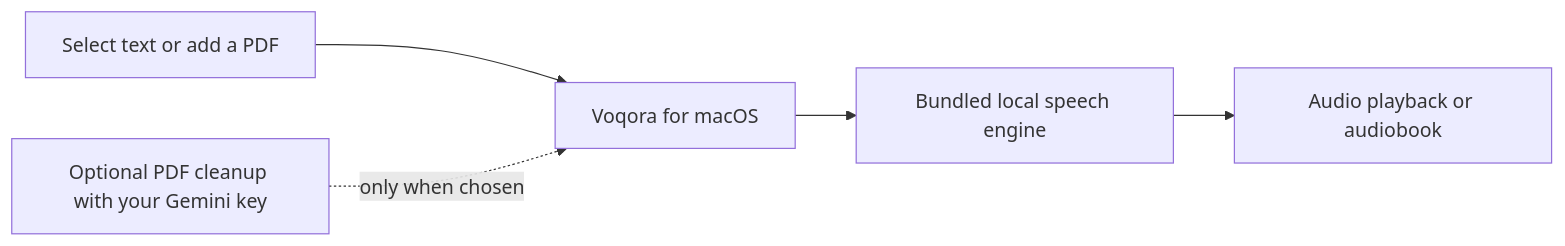
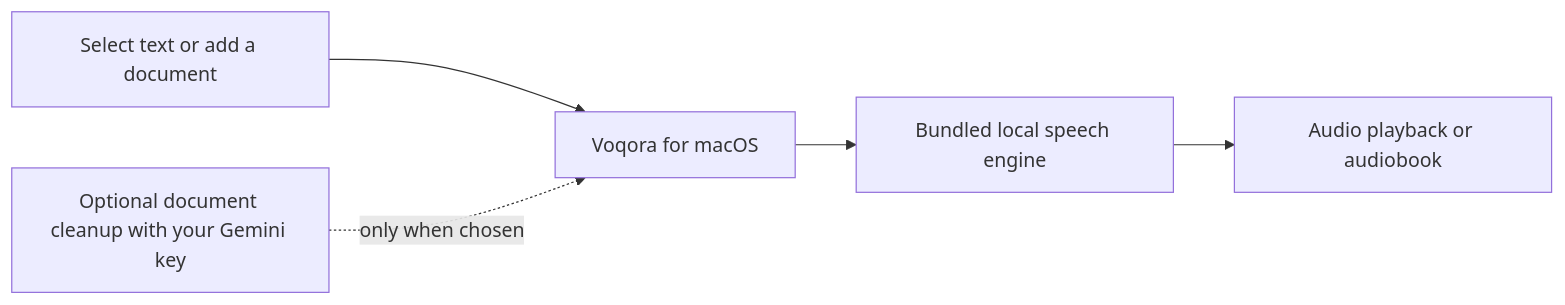
One commit to himudigonda/Voqora changed the diagram in README.md. Above: the diagram before and after it, drawn with Mermaid. The commit also changed other lines of this file and 8 other files, not shown here.

````diff
--- a/README.md
+++ b/README.md
@@ -64,7 +65,7 @@
 ```mermaid
 flowchart LR
-    A["Select text or add a PDF"] --> B["Voqora for macOS"]
+    A["Select text or add a document"] --> B["Voqora for macOS"]
     B --> C["Bundled local speech engine"]
     C --> D["Audio playback or audiobook"]
-    E["Optional PDF cleanup with your Gemini key"] -. only when chosen .-> B
+    E["Optional document cleanup with your Gemini key"] -. only when chosen .-> B
 ```
````
